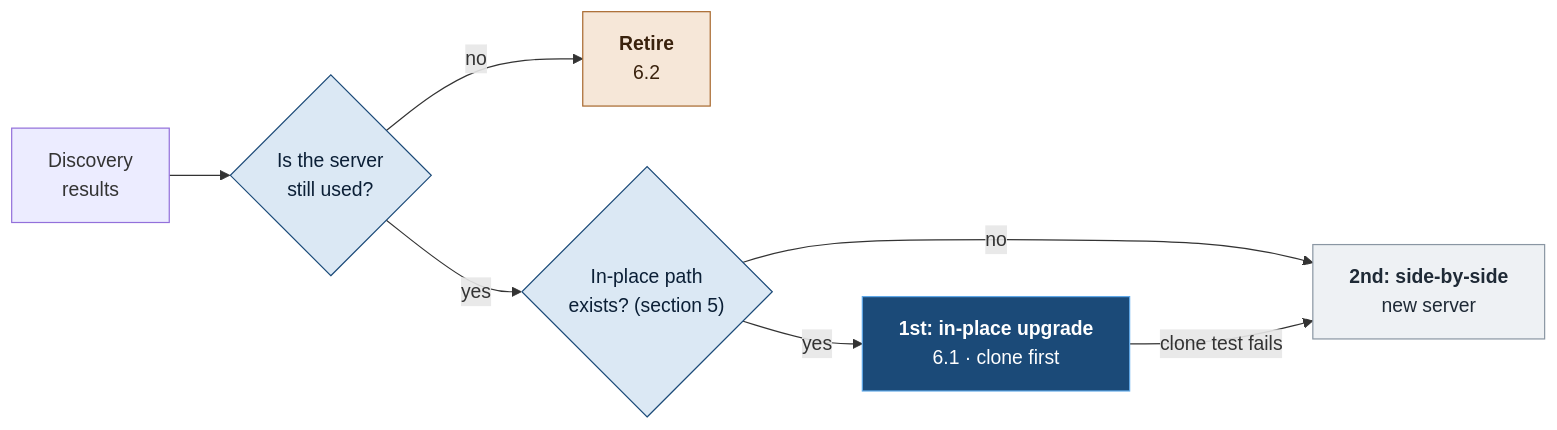
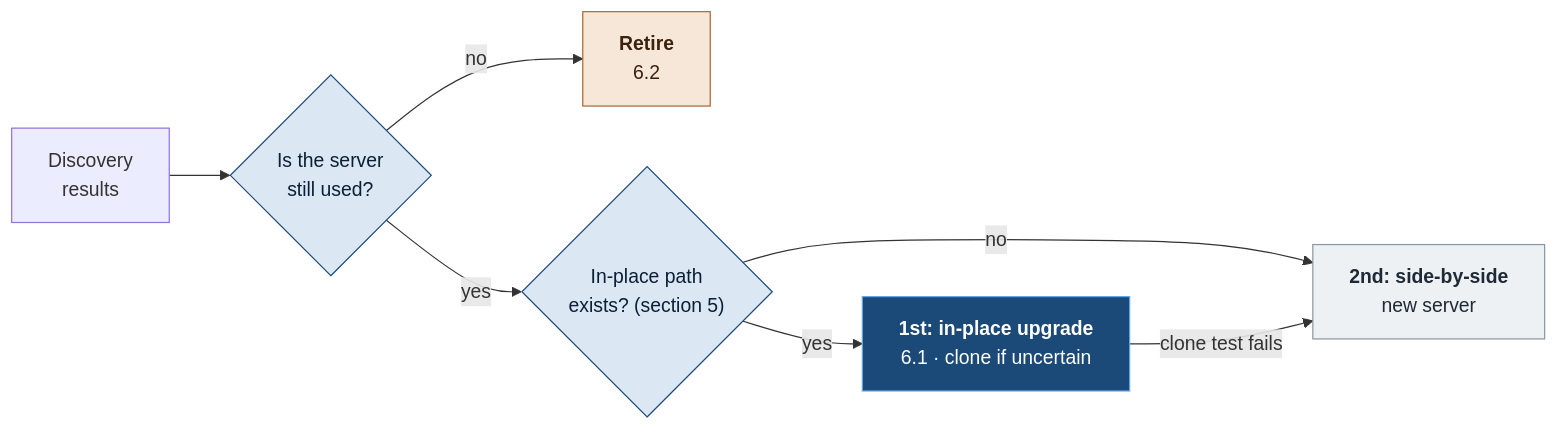
The second of 2 diagrams in migration-governance/SYSADMIN.md (theoneakta/ansible), drawn with Mermaid before and after one commit. The commit also changed other lines of this file and 4 other files, not shown here.

Commit message:
Migration governance: sysadmin owns the OS in-place upgrade, DBA owns everything after the OS hand-off; clone only uncertain paths

````diff
--- a/migration-governance/SYSADMIN.md
+++ b/migration-governance/SYSADMIN.md
@@ -160,18 +165,18 @@
 ```mermaid
 flowchart LR
     D["Discovery<br/>results"] --> U{"Is the server<br/>still used?"}
     U -- "no" --> R["<b>Retire</b><br/>6.2"]
     U -- "yes" --> P{"In-place path<br/>exists? (section 5)"}
-    P -- "yes" --> I["<b>1st: in-place upgrade</b><br/>6.1 · clone first"]
+    P -- "yes" --> I["<b>1st: in-place upgrade</b><br/>6.1 · clone if uncertain"]
     P -- "no" --> S["<b>2nd: side-by-side</b><br/>new server"]
     I -- "clone test fails" --> S
 
     classDef q fill:#dbe8f4,stroke:#1b4a78,color:#0b1f36
     classDef first fill:#1b4a78,stroke:#5fa8e8,color:#ffffff
     classDef second fill:#eef1f4,stroke:#8a96a3,color:#1f2a36
     classDef retire fill:#f6e7d8,stroke:#a8692e,color:#3a220d
     class U,P q
     class I first
     class S second
     class R retire
 ```
````
